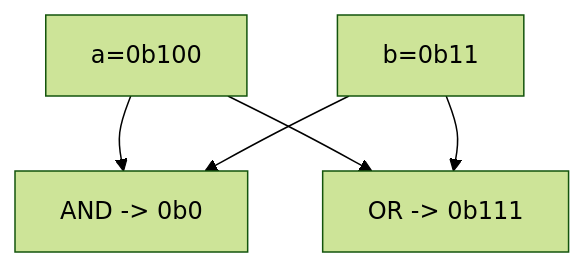
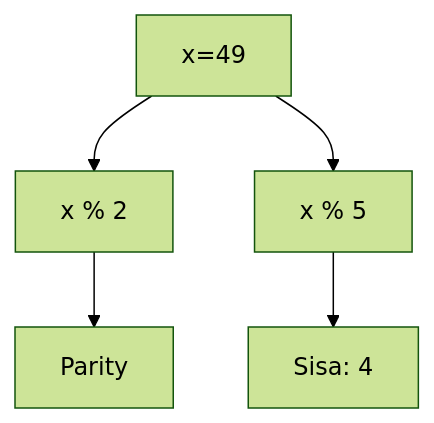
Before and after one commit to amnahwaida/OSNK_INF_PREP: the sixth of 25 diagrams in part-c-pemahaman-cpp/06-bitwise/latihan/set-01.md, drawn with Mermaid (forest theme). The commit also changed other lines of this file and 71 other files, not shown here.

````diff
--- a/part-c-pemahaman-cpp/06-bitwise/latihan/set-01.md
+++ b/part-c-pemahaman-cpp/06-bitwise/latihan/set-01.md
@@ -162,7 +172,7 @@
 ```mermaid
 graph TD
-    A["a=0b100"] --> C["AND -> 0b0"]
-    B["b=0b11"] --> C
-    A --> D["OR  -> 0b111"]
-    B --> D
+A[x=49] --> B[x % 2]
+B --> C[Parity]
+A --> D[x % 5]
+D --> E[Sisa: 4]
 ```
````
